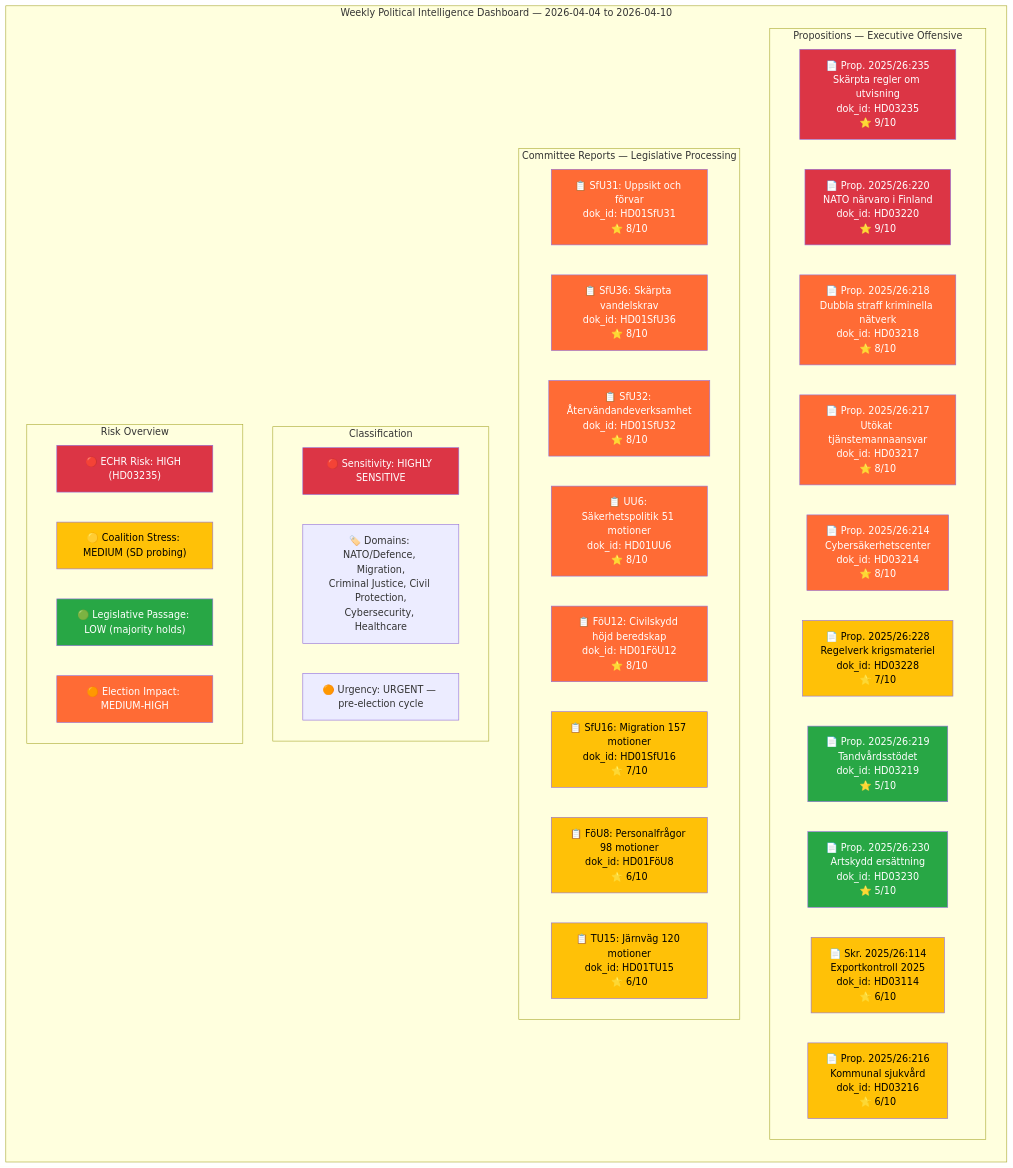
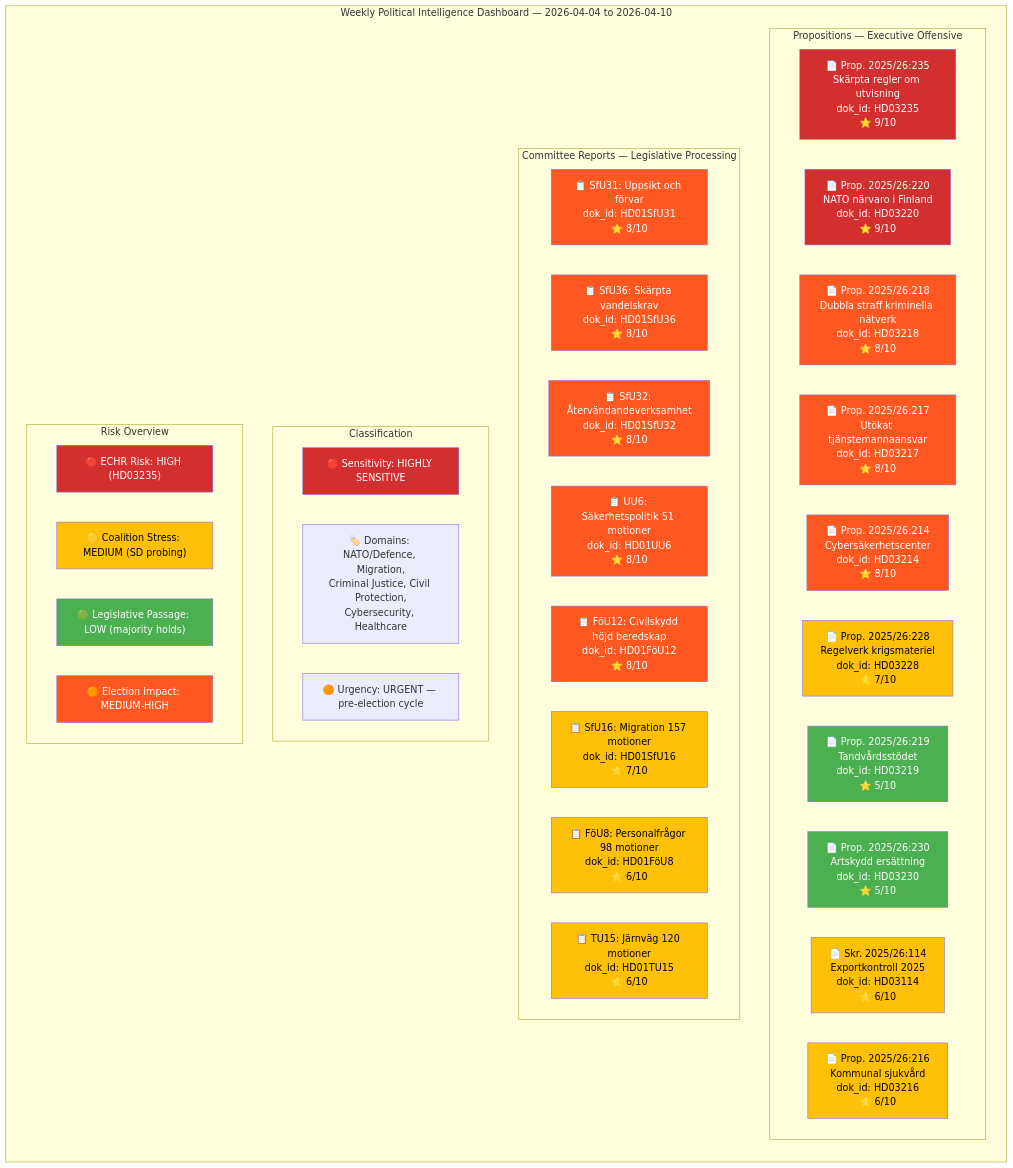
Before and after one commit to Hack23/riksdagsmonitor: the diagram in analysis/daily/2026-04-11/weekly-review/synthesis-summary.md, drawn with Mermaid. The commit also changed 785 other files, not shown here.

First line of the commit message:
Normalize mermaid colors across 786 analysis artifacts to ISMS Style Guide palette

````diff
--- a/analysis/daily/2026-04-11/weekly-review/synthesis-summary.md
+++ b/analysis/daily/2026-04-11/weekly-review/synthesis-summary.md
@@ -18,62 +18,62 @@
 ```mermaid
 graph TD
     subgraph "Weekly Political Intelligence Dashboard — 2026-04-04 to 2026-04-10"
         direction TB
         subgraph "Propositions — Executive Offensive"
             P1["📄 Prop. 2025/26:235<br/>Skärpta regler om utvisning<br/>dok_id: HD03235<br/>⭐ 9/10"]
             P2["📄 Prop. 2025/26:220<br/>NATO närvaro i Finland<br/>dok_id: HD03220<br/>⭐ 9/10"]
             P3["📄 Prop. 2025/26:218<br/>Dubbla straff kriminella nätverk<br/>dok_id: HD03218<br/>⭐ 8/10"]
             P4["📄 Prop. 2025/26:217<br/>Utökat tjänstemannaansvar<br/>dok_id: HD03217<br/>⭐ 8/10"]
             P5["📄 Prop. 2025/26:214<br/>Cybersäkerhetscenter<br/>dok_id: HD03214<br/>⭐ 8/10"]
             P6["📄 Prop. 2025/26:228<br/>Regelverk krigsmateriel<br/>dok_id: HD03228<br/>⭐ 7/10"]
             P7["📄 Prop. 2025/26:219<br/>Tandvårdsstödet<br/>dok_id: HD03219<br/>⭐ 5/10"]
             P8["📄 Prop. 2025/26:230<br/>Artskydd ersättning<br/>dok_id: HD03230<br/>⭐ 5/10"]
             P9["📄 Skr. 2025/26:114<br/>Exportkontroll 2025<br/>dok_id: HD03114<br/>⭐ 6/10"]
             P10["📄 Prop. 2025/26:216<br/>Kommunal sjukvård<br/>dok_id: HD03216<br/>⭐ 6/10"]
         end
         subgraph "Committee Reports — Legislative Processing"
             B1["📋 SfU31: Uppsikt och förvar<br/>dok_id: HD01SfU31<br/>⭐ 8/10"]
             B2["📋 SfU36: Skärpta vandelskrav<br/>dok_id: HD01SfU36<br/>⭐ 8/10"]
             B3["📋 SfU32: Återvändandeverksamhet<br/>dok_id: HD01SfU32<br/>⭐ 8/10"]
             B4["📋 UU6: Säkerhetspolitik 51 motioner<br/>dok_id: HD01UU6<br/>⭐ 8/10"]
             B5["📋 FöU12: Civilskydd höjd beredskap<br/>dok_id: HD01FöU12<br/>⭐ 8/10"]
             B6["📋 SfU16: Migration 157 motioner<br/>dok_id: HD01SfU16<br/>⭐ 7/10"]
             B7["📋 FöU8: Personalfrågor 98 motioner<br/>dok_id: HD01FöU8<br/>⭐ 6/10"]
             B8["📋 TU15: Järnväg 120 motioner<br/>dok_id: HD01TU15<br/>⭐ 6/10"]
         end
         subgraph "Classification"
             C1["🔴 Sensitivity: HIGHLY SENSITIVE"]
             C2["🏷️ Domains: NATO/Defence, Migration,<br/>Criminal Justice, Civil Protection,<br/>Cybersecurity, Healthcare"]
             C3["🟠 Urgency: URGENT — pre-election cycle"]
         end
         subgraph "Risk Overview"
             R1["🔴 ECHR Risk: HIGH (HD03235)"]
             R2["🟡 Coalition Stress: MEDIUM (SD probing)"]
             R3["🟢 Legislative Passage: LOW (majority holds)"]
             R4["🟠 Election Impact: MEDIUM-HIGH"]
         end
     end
-    style P1 fill:#dc3545,color:#fff
-    style P2 fill:#dc3545,color:#fff
-    style P3 fill:#ff6b35,color:#fff
-    style P4 fill:#ff6b35,color:#fff
-    style P5 fill:#ff6b35,color:#fff
-    style P6 fill:#ffc107,color:#000
-    style P7 fill:#28a745,color:#fff
-    style P8 fill:#28a745,color:#fff
-    style P9 fill:#ffc107,color:#000
-    style P10 fill:#ffc107,color:#000
-    style B1 fill:#ff6b35,color:#fff
-    style B2 fill:#ff6b35,color:#fff
-    style B3 fill:#ff6b35,color:#fff
-    style B4 fill:#ff6b35,color:#fff
-    style B5 fill:#ff6b35,color:#fff
-    style B6 fill:#ffc107,color:#000
-    style B7 fill:#ffc107,color:#000
-    style B8 fill:#ffc107,color:#000
-    style C1 fill:#dc3545,color:#fff
-    style R1 fill:#dc3545,color:#fff
-    style R2 fill:#ffc107,color:#000
-    style R3 fill:#28a745,color:#fff
-    style R4 fill:#ff6b35,color:#fff
+    style P1 fill:#D32F2F,color:#FFFFFF
+    style P2 fill:#D32F2F,color:#FFFFFF
+    style P3 fill:#FF5722,color:#FFFFFF
+    style P4 fill:#FF5722,color:#FFFFFF
+    style P5 fill:#FF5722,color:#FFFFFF
+    style P6 fill:#FFC107,color:#000000
+    style P7 fill:#4CAF50,color:#FFFFFF
+    style P8 fill:#4CAF50,color:#FFFFFF
+    style P9 fill:#FFC107,color:#000000
+    style P10 fill:#FFC107,color:#000000
+    style B1 fill:#FF5722,color:#FFFFFF
+    style B2 fill:#FF5722,color:#FFFFFF
+    style B3 fill:#FF5722,color:#FFFFFF
+    style B4 fill:#FF5722,color:#FFFFFF
+    style B5 fill:#FF5722,color:#FFFFFF
+    style B6 fill:#FFC107,color:#000000
+    style B7 fill:#FFC107,color:#000000
+    style B8 fill:#FFC107,color:#000000
+    style C1 fill:#D32F2F,color:#FFFFFF
+    style R1 fill:#D32F2F,color:#FFFFFF
+    style R2 fill:#FFC107,color:#000000
+    style R3 fill:#4CAF50,color:#FFFFFF
+    style R4 fill:#FF5722,color:#FFFFFF
 ```
````
